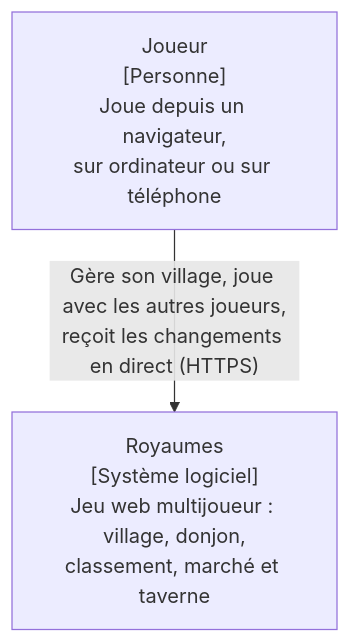
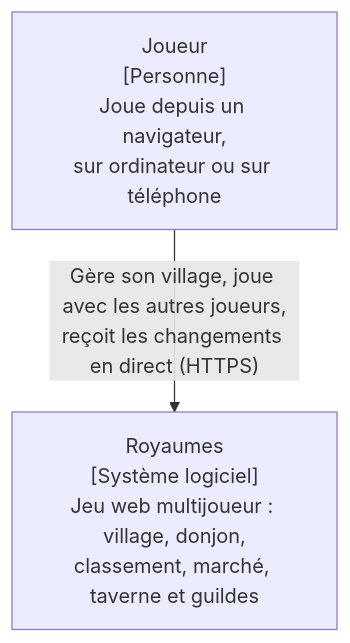
Before and after one commit to JimmyCarlier/royaumes: the first of 6 diagrams in docs/architecture.md, drawn with Mermaid. The commit also changed other lines of this file, not shown here.

Commit message:
docs: présenter le module Guildes dans l'architecture

````diff
--- a/docs/architecture.md
+++ b/docs/architecture.md
@@ -12,6 +12,6 @@
 ```mermaid
 flowchart TB
   joueur["Joueur<br/>[Personne]<br/>Joue depuis un navigateur,<br/>sur ordinateur ou sur téléphone"]
-  royaumes["Royaumes<br/>[Système logiciel]<br/>Jeu web multijoueur : village, donjon,<br/>classement, marché et taverne"]
+  royaumes["Royaumes<br/>[Système logiciel]<br/>Jeu web multijoueur : village, donjon,<br/>classement, marché, taverne et guildes"]
   joueur -->|"Gère son village, joue avec les autres joueurs,<br/>reçoit les changements en direct (HTTPS)"| royaumes
 ```
````
